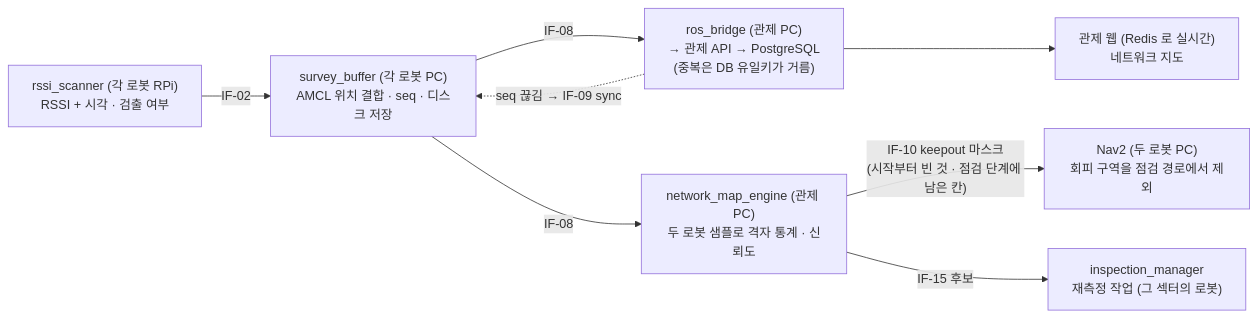
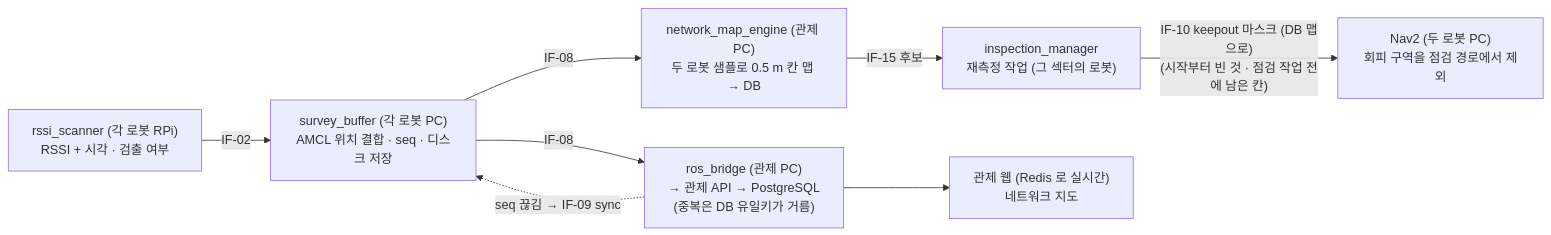
The third of 4 diagrams in docs/deliverables/process_flow.md (HJAE99/B_0102_Final_Project-archive), drawn with Mermaid before and after one commit. The commit also changed other lines of this file and 10 other files, not shown here.

First line of the commit message:
docs: 측정 맵은 network_map_engine 이 DB 에 · keepout 마스크(IF-10)는 inspection_manager 가 DB 맵으로 · 미측정도 재측정 대상(갈 수 있는 칸) · 경로 간격 0.5 m · 칸 기준은 scv_survey 코드값

````diff
--- a/docs/deliverables/process_flow.md
+++ b/docs/deliverables/process_flow.md
@@ -65,10 +65,10 @@
 ```mermaid
 flowchart LR
   R["rssi_scanner (각 로봇 RPi)<br>RSSI + 시각 · 검출 여부"] -- IF-02 --> B["survey_buffer (각 로봇 PC)<br>AMCL 위치 결합 · seq · 디스크 저장"]
   B -- IF-08 --> G["ros_bridge (관제 PC)<br>→ 관제 API → PostgreSQL<br>(중복은 DB 유일키가 거름)"]
-  B -- IF-08 --> M["network_map_engine (관제 PC)<br>두 로봇 샘플로 격자 통계 · 신뢰도"]
+  B -- IF-08 --> M["network_map_engine (관제 PC)<br>두 로봇 샘플로 0.5 m 칸 맵 → DB"]
   G -. "seq 끊김 → IF-09 sync" .-> B
-  M -- "IF-10 keepout 마스크<br>(시작부터 빈 것 · 점검 단계에 남은 칸)" --> N["Nav2 (두 로봇 PC)<br>회피 구역을 점검 경로에서 제외"]
+  I -- "IF-10 keepout 마스크 (DB 맵으로)<br>(시작부터 빈 것 · 점검 작업 전에 남은 칸)" --> N["Nav2 (두 로봇 PC)<br>회피 구역을 점검 경로에서 제외"]
   M -- "IF-15 후보" --> I["inspection_manager<br>재측정 작업 (그 섹터의 로봇)"]
   G --> W["관제 웹 (Redis 로 실시간)<br>네트워크 지도"]
 ```
````
